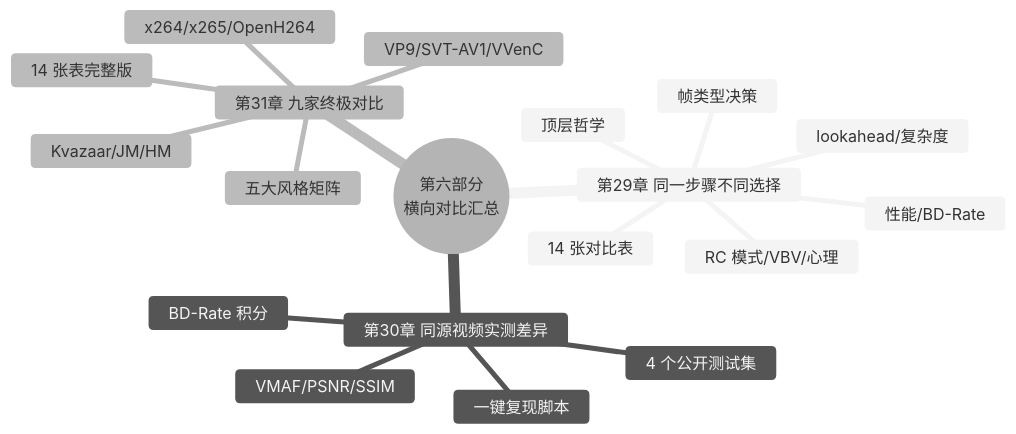
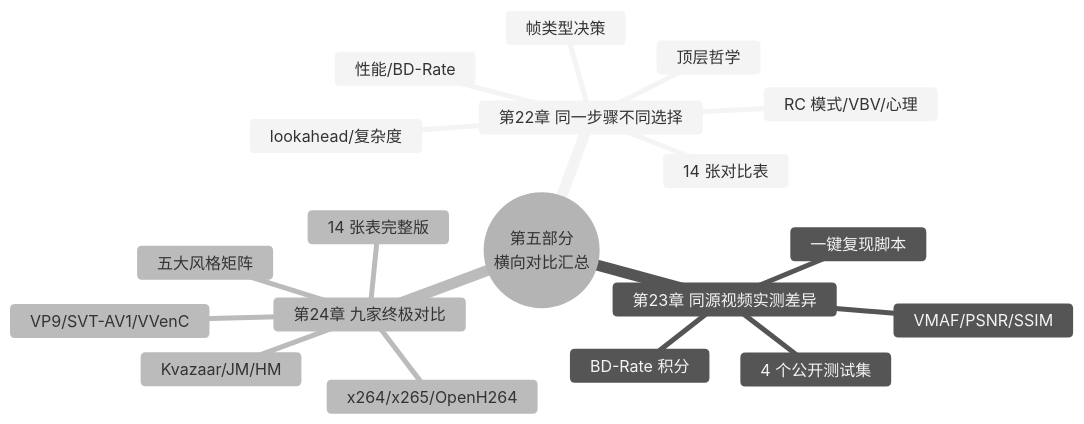
Before and after one commit to bertowang/StudyNotes: diagram 24 of 25 in 视频编码码控深入浅出-九大开源编码器对比与统一模型.md, drawn with Mermaid (neutral theme). The commit also changed other lines of this file, not shown here.

````diff
--- a/视频编码码控深入浅出-九大开源编码器对比与统一模型.md
+++ b/视频编码码控深入浅出-九大开源编码器对比与统一模型.md
@@ -2657,22 +4146,22 @@
 ```mermaid
 mindmap
-  root((第六部分<br/>横向对比汇总))
-    第29章 同一步骤不同选择
+  root((第五部分<br/>横向对比汇总))
+    第22章 同一步骤不同选择
       14 张对比表
       顶层哲学
       lookahead/复杂度
       帧类型决策
       RC 模式/VBV/心理
       性能/BD-Rate
-    第30章 同源视频实测差异
+    第23章 同源视频实测差异
       4 个公开测试集
       VMAF/PSNR/SSIM
       BD-Rate 积分
       一键复现脚本
-    第31章 九家终极对比
+    第24章 九家终极对比
       14 张表完整版
       x264/x265/OpenH264
       Kvazaar/JM/HM
       VP9/SVT-AV1/VVenC
       五大风格矩阵
 ```
````
